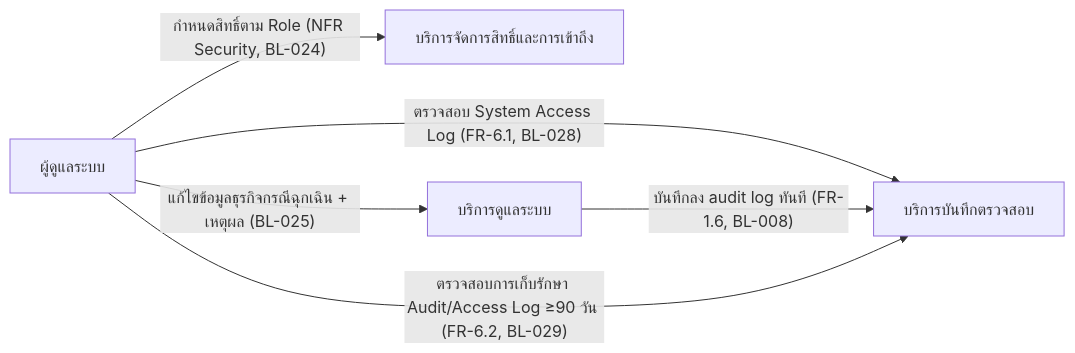
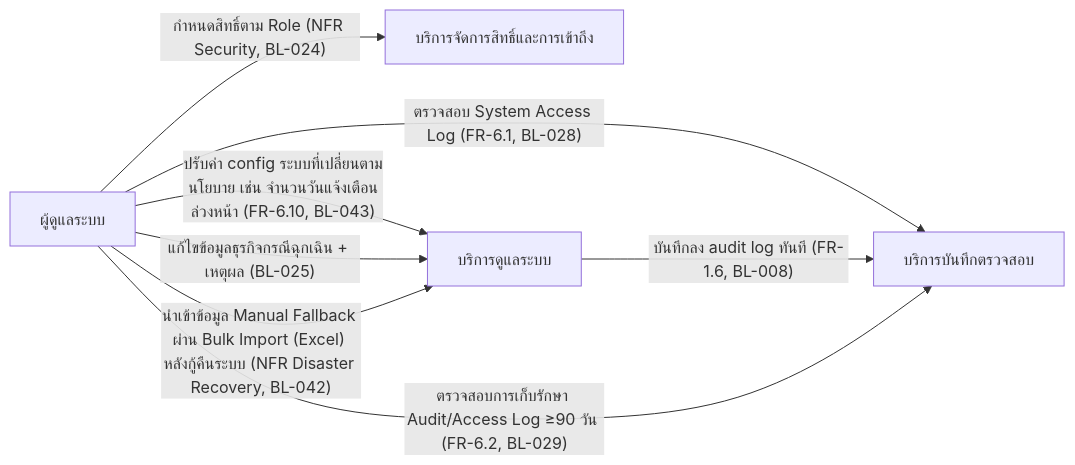
Before and after one commit to 6910127-warang/sync_smart: the fifth of 5 diagrams in 01-requirements/05-architecture.md, drawn with Mermaid. The commit also changed other lines of this file and 37 other files, not shown here.

````diff
--- a/01-requirements/05-architecture.md
+++ b/01-requirements/05-architecture.md
@@ -129,8 +132,10 @@
 ```mermaid
 flowchart LR
     ADMIN["ผู้ดูแลระบบ"] -->|"กำหนดสิทธิ์ตาม Role (NFR Security, BL-024)"| IAM["บริการจัดการสิทธิ์และการเข้าถึง"]
+    ADMIN -->|"ปรับค่า config ระบบที่เปลี่ยนตามนโยบาย เช่น จำนวนวันแจ้งเตือนล่วงหน้า (FR-6.10, BL-043)"| ADMINOPS["บริการดูแลระบบ"]
     ADMIN -->|"ตรวจสอบ System Access Log (FR-6.1, BL-028)"| AUDIT["บริการบันทึกตรวจสอบ"]
     ADMIN -->|"แก้ไขข้อมูลธุรกิจกรณีฉุกเฉิน + เหตุผล (BL-025)"| ADMINOPS["บริการดูแลระบบ"]
+    ADMIN -->|"นำเข้าข้อมูล Manual Fallback ผ่าน Bulk Import (Excel) หลังกู้คืนระบบ (NFR Disaster Recovery, BL-042)"| ADMINOPS
     ADMINOPS -->|"บันทึกลง audit log ทันที (FR-1.6, BL-008)"| AUDIT
     ADMIN -->|"ตรวจสอบการเก็บรักษา Audit/Access Log ≥90 วัน (FR-6.2, BL-029)"| AUDIT
 ```
````
